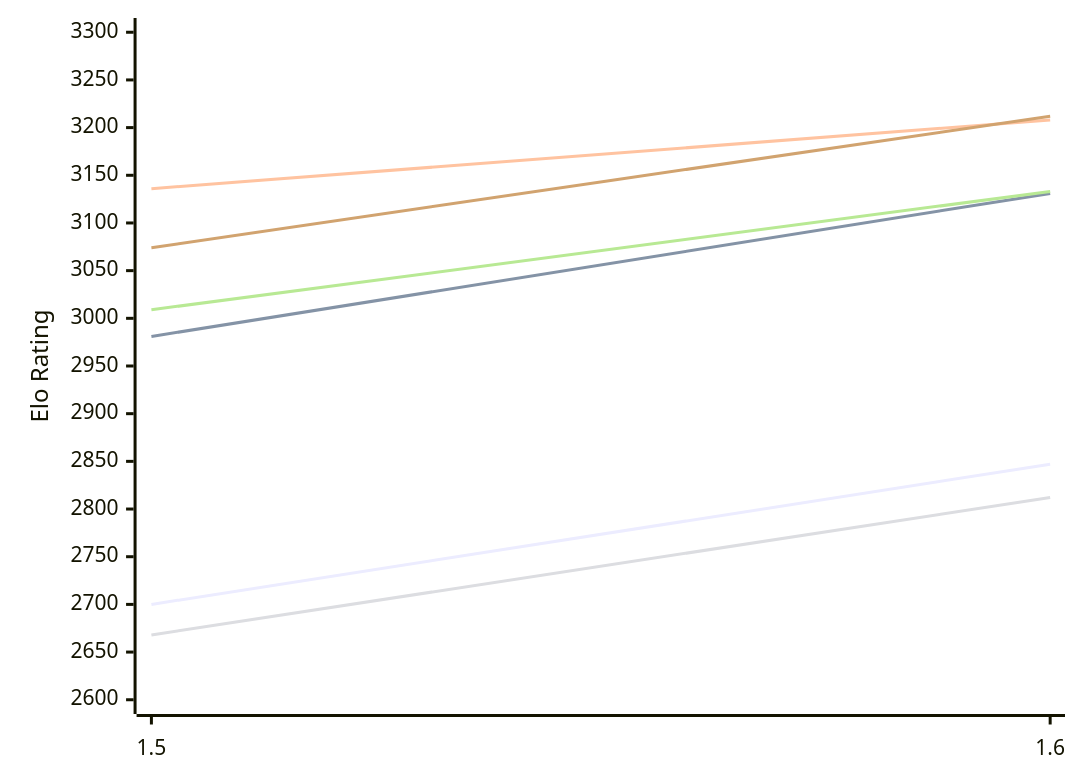
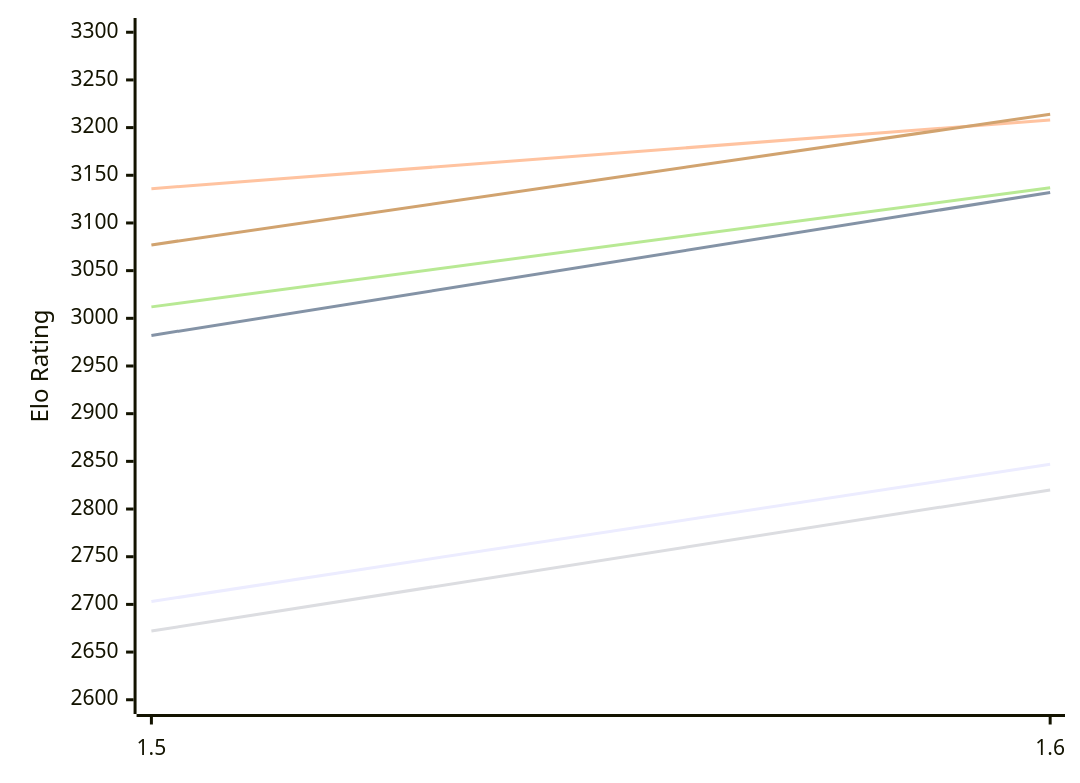
Before and after one commit to computer-chess-index/cci: the first of 2 diagrams in engines/Yakka.md, drawn with Mermaid. The commit also changed other lines of this file, not shown here.

Commit message:
Update CCI Ratings (ELO VLTC) - 2026-11-24

````diff
--- a/engines/Yakka.md
+++ b/engines/Yakka.md
@@ -51,12 +51,12 @@
 ```mermaid
 %%{init: {"theme":"base","themeVariables":{"seriesColors:['#a3a3a3','#222221','#faa371']}}}%%
 xychart-beta
   x-axis ["1.5", "1.6"]
   y-axis "Elo Rating" 2600 --> 3300
-  line "E1: STC (8.0+0.08s)" [2700, 2847]
-  line "E1: LTC (60.0+0.60s)" [2981, 3131]
+  line "E1: STC (8.0+0.08s)" [2703, 2847]
+  line "E1: LTC (60.0+0.60s)" [2982, 3132]
   line "E1: VLTC (2m24s+1.12s)" [3136, 3208]
-  line "P1: STC (8.0+0.08s)" [2668, 2812]
-  line "P1: LTC (60.0+0.60s)" [3009, 3133]
-  line "P1: VLTC (2m24s+1.12s)" [3074, 3212]
+  line "P1: STC (8.0+0.08s)" [2672, 2820]
+  line "P1: LTC (60.0+0.60s)" [3012, 3137]
+  line "P1: VLTC (2m24s+1.12s)" [3077, 3214]
 ```
````
